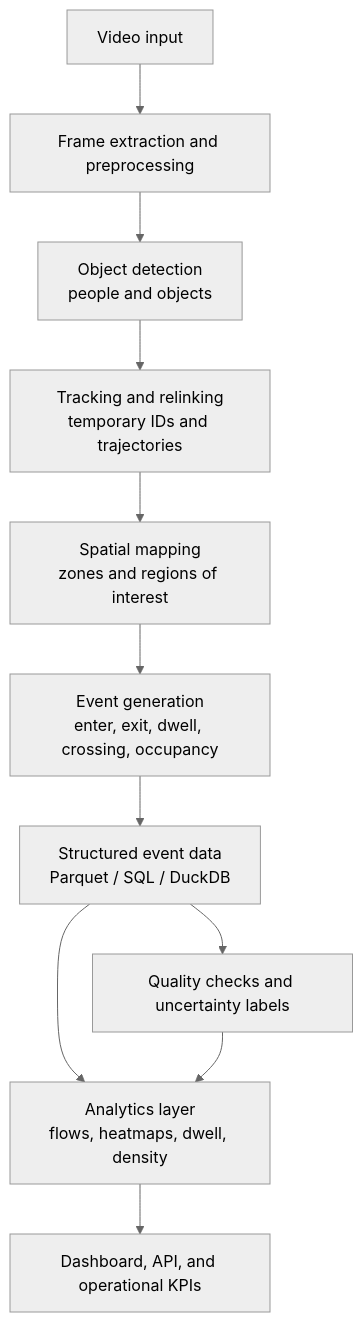
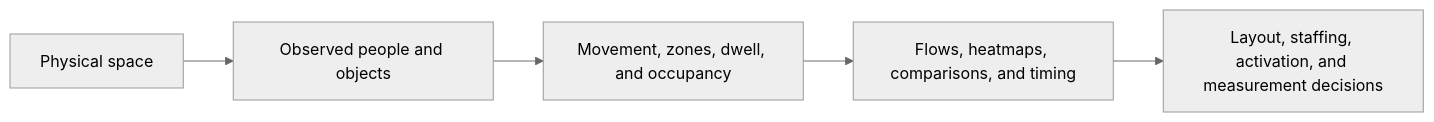
One commit to arielabade/visppy-cv changed the diagram in README.md. Above: the diagram before and after it, drawn with Mermaid (neutral theme). The commit also changed other lines of this file and 27 other files, not shown here.

````diff
--- a/README.md
+++ b/README.md
@@ -54,13 +45,7 @@
 ```mermaid
-flowchart TD
-    VIDEO[Video input] --> PROCESS[Frame extraction and preprocessing]
-    PROCESS --> DETECT[Object detection<br/>people and objects]
-    DETECT --> TRACK[Tracking and relinking<br/>temporary IDs and trajectories]
-    TRACK --> MAP[Spatial mapping<br/>zones and regions of interest]
-    MAP --> EVENTS[Event generation<br/>enter, exit, dwell, crossing, occupancy]
-    EVENTS --> DATA[Structured event data<br/>Parquet / SQL / DuckDB]
-    DATA --> ANALYTICS[Analytics layer<br/>flows, heatmaps, dwell, density]
-    ANALYTICS --> OUTPUT[Dashboard, API, and operational KPIs]
-    DATA --> QUALITY[Quality checks and uncertainty labels]
-    QUALITY --> ANALYTICS
+flowchart LR
+    SPACE[Physical space] --> OBS[Observed people and objects]
+    OBS --> MOVEMENT[Movement, zones, dwell, and occupancy]
+    MOVEMENT --> INSIGHT[Flows, heatmaps, comparisons, and timing]
+    INSIGHT --> ACTION[Layout, staffing, activation, and measurement decisions]
 ```
````
